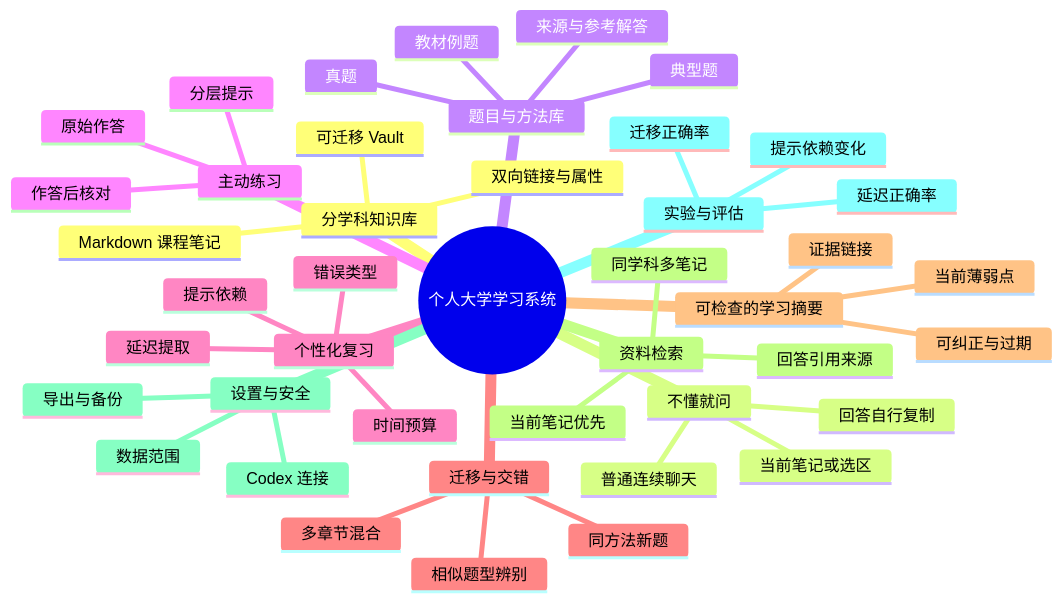
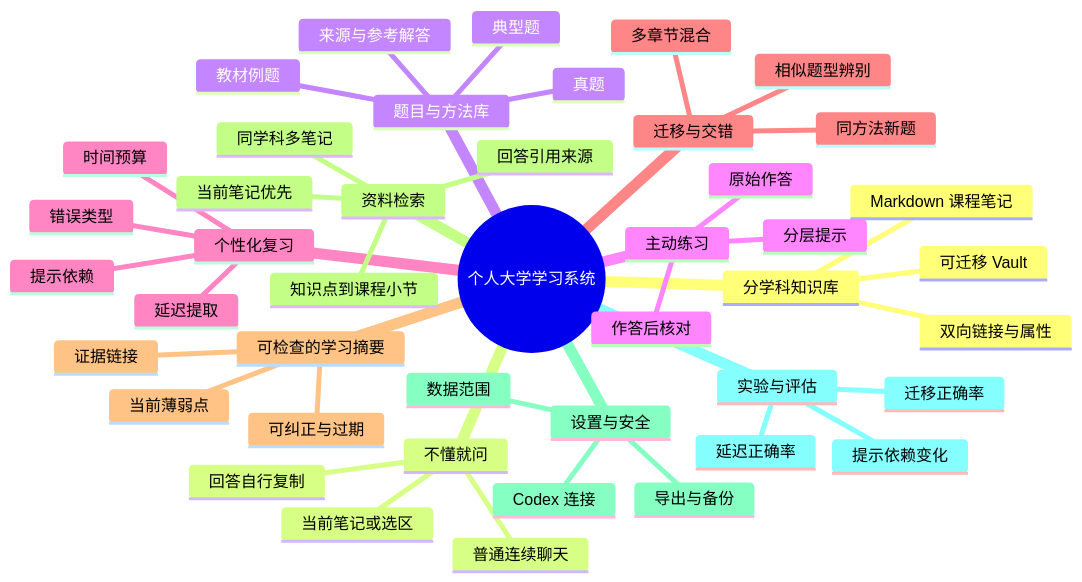
Before and after one commit to czm-mmm/vibeidea: the first of 2 diagrams in projects/obsidian-study-companion/docs/个人学习系统与项目长期上下文.md, drawn with Mermaid. The commit also changed other lines of this file and 12 other files, not shown here.

````diff
--- a/projects/obsidian-study-companion/docs/个人学习系统与项目长期上下文.md
+++ b/projects/obsidian-study-companion/docs/个人学习系统与项目长期上下文.md
@@ -60,46 +61,47 @@
 ```mermaid
 mindmap
   root((个人大学学习系统))
     分学科知识库
       Markdown 课程笔记
       双向链接与属性
       可迁移 Vault
     不懂就问
       当前笔记或选区
       普通连续聊天
       回答自行复制
     题目与方法库
       真题
       教材例题
       典型题
       来源与参考解答
     主动练习
       原始作答
       分层提示
       作答后核对
     个性化复习
       延迟提取
       提示依赖
       错误类型
       时间预算
     迁移与交错
       同方法新题
       相似题型辨别
       多章节混合
     可检查的学习摘要
       当前薄弱点
       证据链接
       可纠正与过期
     资料检索
       当前笔记优先
       同学科多笔记
       回答引用来源
+      知识点到课程小节
     设置与安全
       Codex 连接
       数据范围
       导出与备份
     实验与评估
       延迟正确率
       迁移正确率
       提示依赖变化
 ```
````
